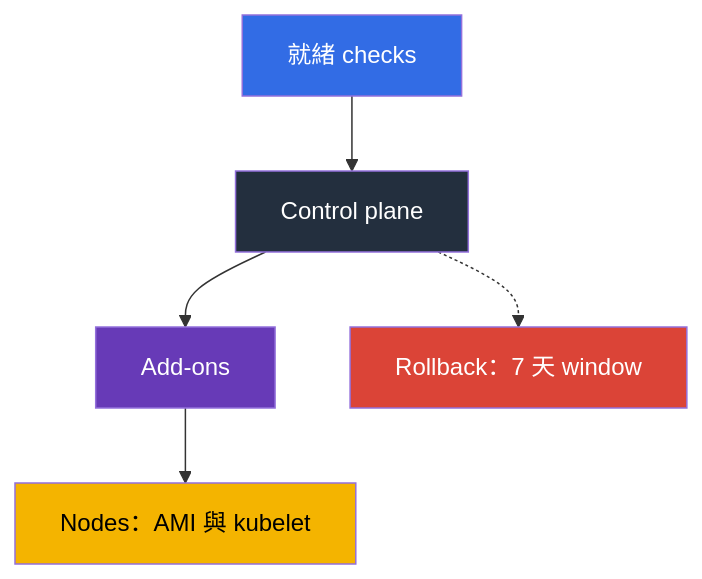
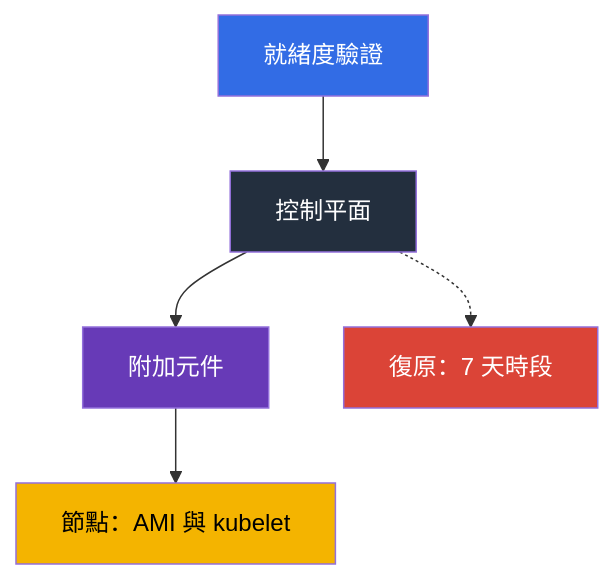
Before and after one commit to ViktorUJ/cks: the second of 2 diagrams in tasks/eks/course/03/tw.md, drawn with Mermaid. The commit also changed other lines of this file and 534 other files, not shown here.

````diff
--- a/tasks/eks/course/03/tw.md
+++ b/tasks/eks/course/03/tw.md
@@ -172,17 +172,17 @@
 ```mermaid
 flowchart TB
-    prep["就緒 checks"]
-    cp["Control plane"]
-    addons["Add-ons"]
-    nodes["Nodes：AMI 與 kubelet"]
-    rb["Rollback：7 天 window"]
+    prep["就緒度驗證"]
+    cp["控制平面"]
+    addons["附加元件"]
+    nodes["節點：AMI 與 kubelet"]
+    rb["復原：7 天時段"]
     prep --> cp
     cp --> addons
     addons --> nodes
     cp -.-> rb
     style prep fill:#326ce5,color:#fff
     style cp fill:#232f3e,color:#fff
     style addons fill:#673ab7,color:#fff
     style nodes fill:#f4b400,color:#000
     style rb fill:#db4437,color:#fff
 ```
````
